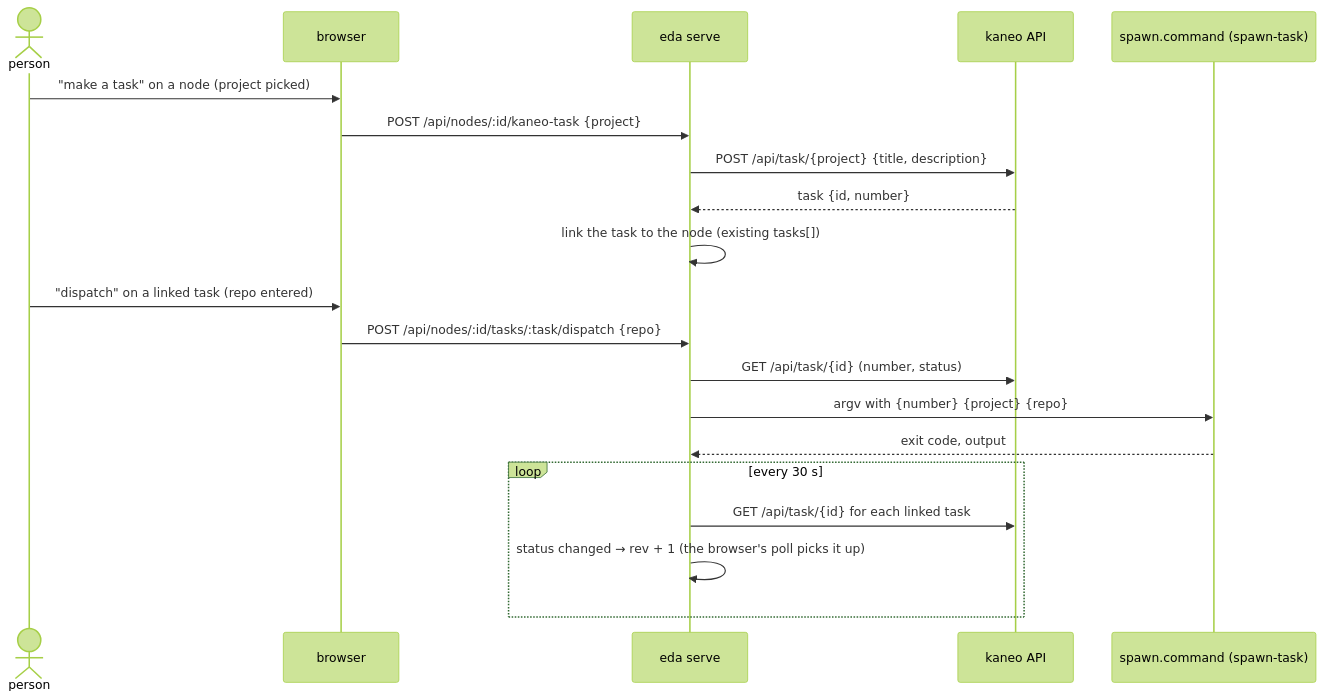
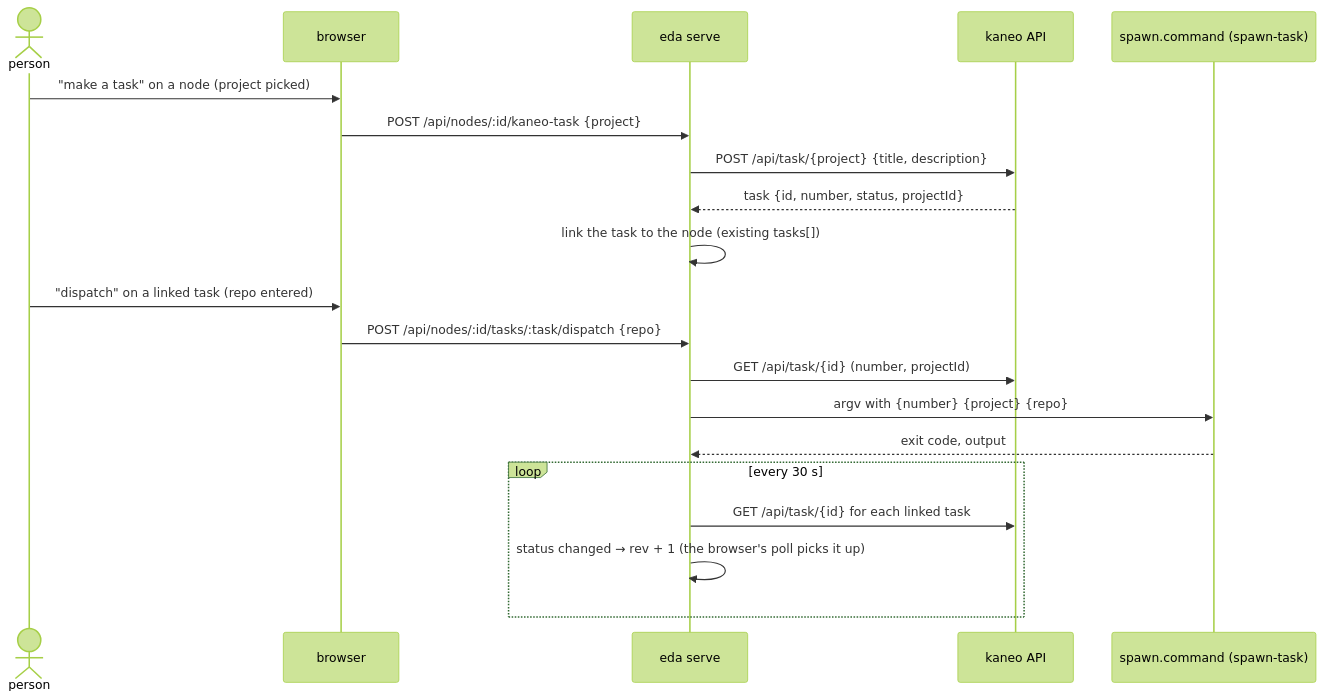
Before and after one commit to TakashiAihara/eda: the diagram in docs/design/0003-node-to-session.md, drawn with Mermaid (forest theme). The commit also changed other lines of this file and 7 other files, not shown here.

````diff
--- a/docs/design/0003-node-to-session.md
+++ b/docs/design/0003-node-to-session.md
@@ -20,22 +20,22 @@
 ```mermaid
 sequenceDiagram
   actor P as person
   participant B as browser
   participant S as eda serve
   participant K as kaneo API
   participant X as spawn.command (spawn-task)
   P->>B: "make a task" on a node (project picked)
   B->>S: POST /api/nodes/:id/kaneo-task {project}
   S->>K: POST /api/task/{project} {title, description}
-  K-->>S: task {id, number}
+  K-->>S: task {id, number, status, projectId}
   S->>S: link the task to the node (existing tasks[])
   P->>B: "dispatch" on a linked task (repo entered)
   B->>S: POST /api/nodes/:id/tasks/:task/dispatch {repo}
-  S->>K: GET /api/task/{id} (number, status)
+  S->>K: GET /api/task/{id} (number, projectId)
   S->>X: argv with {number} {project} {repo}
   X-->>S: exit code, output
   loop every 30 s
     S->>K: GET /api/task/{id} for each linked task
     S->>S: status changed → rev + 1 (the browser's poll picks it up)
   end
 ```
````
